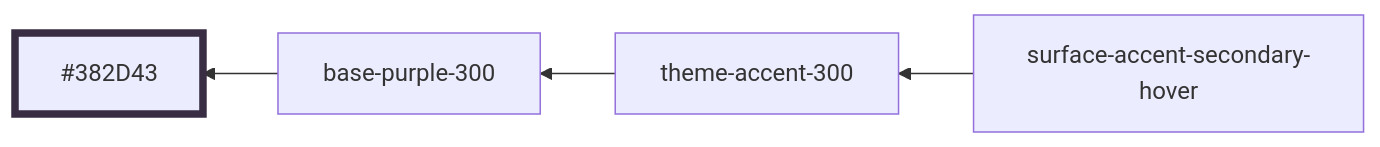
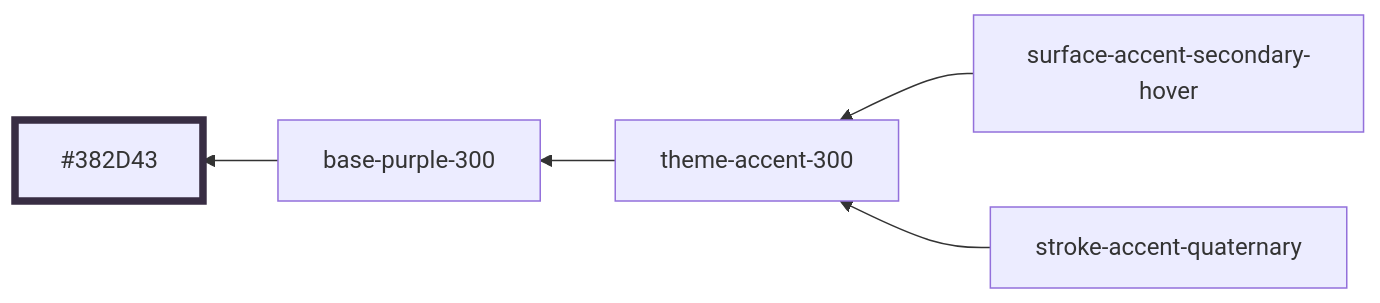
Before and after one commit to oxidecomputer/design-system: diagram 27 of 51 in styles/dist/purple.md, drawn with Mermaid. The commit also changed other lines of this file and 8 other files, not shown here.

````diff
--- a/styles/dist/purple.md
+++ b/styles/dist/purple.md
@@ -322,8 +326,9 @@
 ```mermaid
 graph RL
   base-purple-300 --> #382D43:::base-purple-300
   surface-accent-secondary-hover --> theme-accent-300
+  stroke-accent-quaternary --> theme-accent-300
   theme-accent-300 --> base-purple-300
 
 	classDef base-purple-300 stroke-width:5,stroke:#382D43
 ```
````
